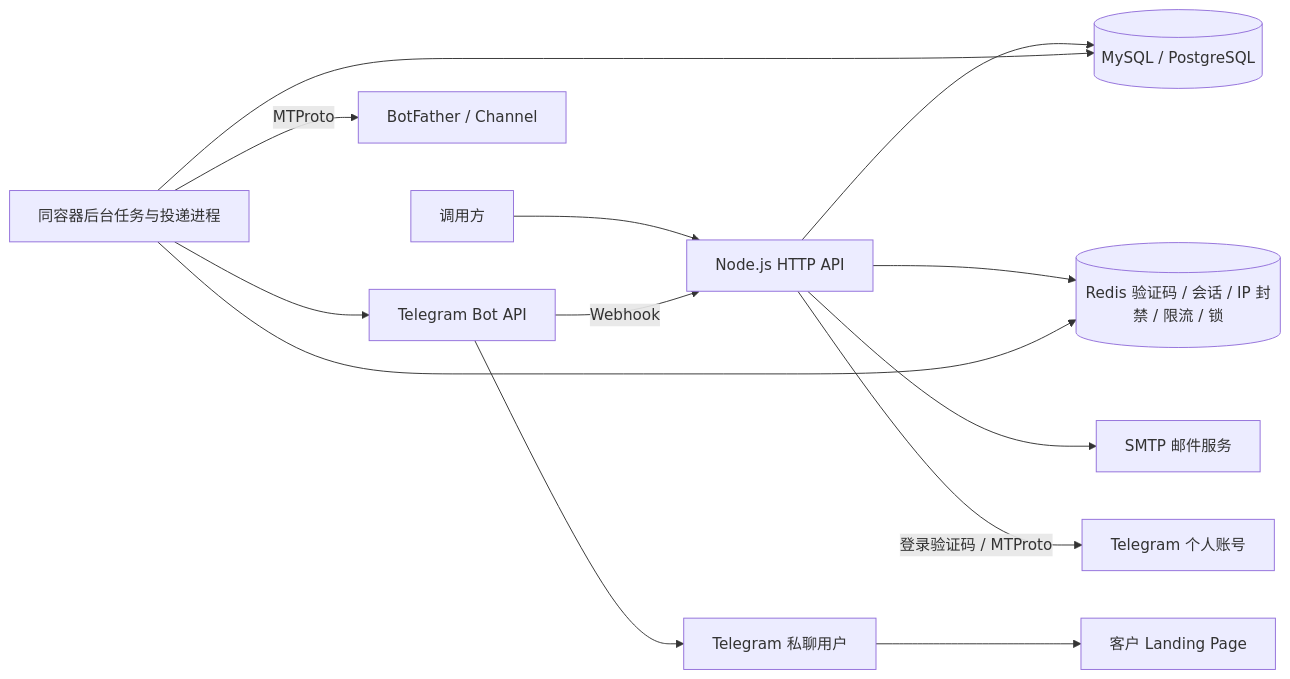
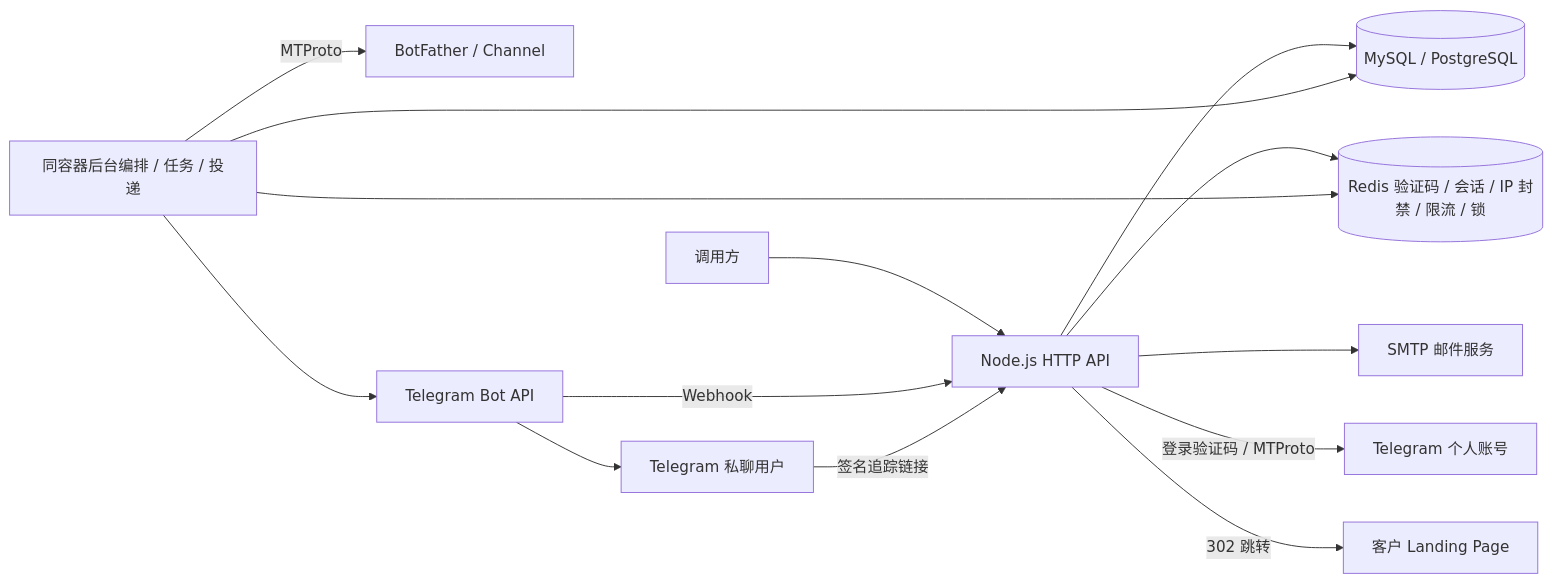
Before and after one commit to gatherstar101/telegram-card-bot: the diagram in README.md, drawn with Mermaid. The commit also changed other lines of this file and 34 other files, not shown here.

````diff
--- a/README.md
+++ b/README.md
@@ -30,15 +49,16 @@
 ```mermaid
 flowchart LR
     Caller[调用方] --> API[Node.js HTTP API]
     API --> SMTP[SMTP 邮件服务]
     API --> Redis[(Redis 验证码 / 会话 / IP 封禁 / 限流 / 锁)]
     API --> DB[(MySQL / PostgreSQL)]
-    Queue[同容器后台任务与投递进程] --> DB
+    Queue[同容器后台编排 / 任务 / 投递] --> DB
     Queue --> Redis
     API -->|登录验证码 / MTProto| TG[Telegram 个人账号]
     Queue -->|MTProto| Father[BotFather / Channel]
     Queue --> BotAPI[Telegram Bot API]
     BotAPI -->|Webhook| API
     BotAPI --> User[Telegram 私聊用户]
-    User --> Landing[客户 Landing Page]
+    User -->|签名追踪链接| API
+    API -->|302 跳转| Landing[客户 Landing Page]
 ```
````
